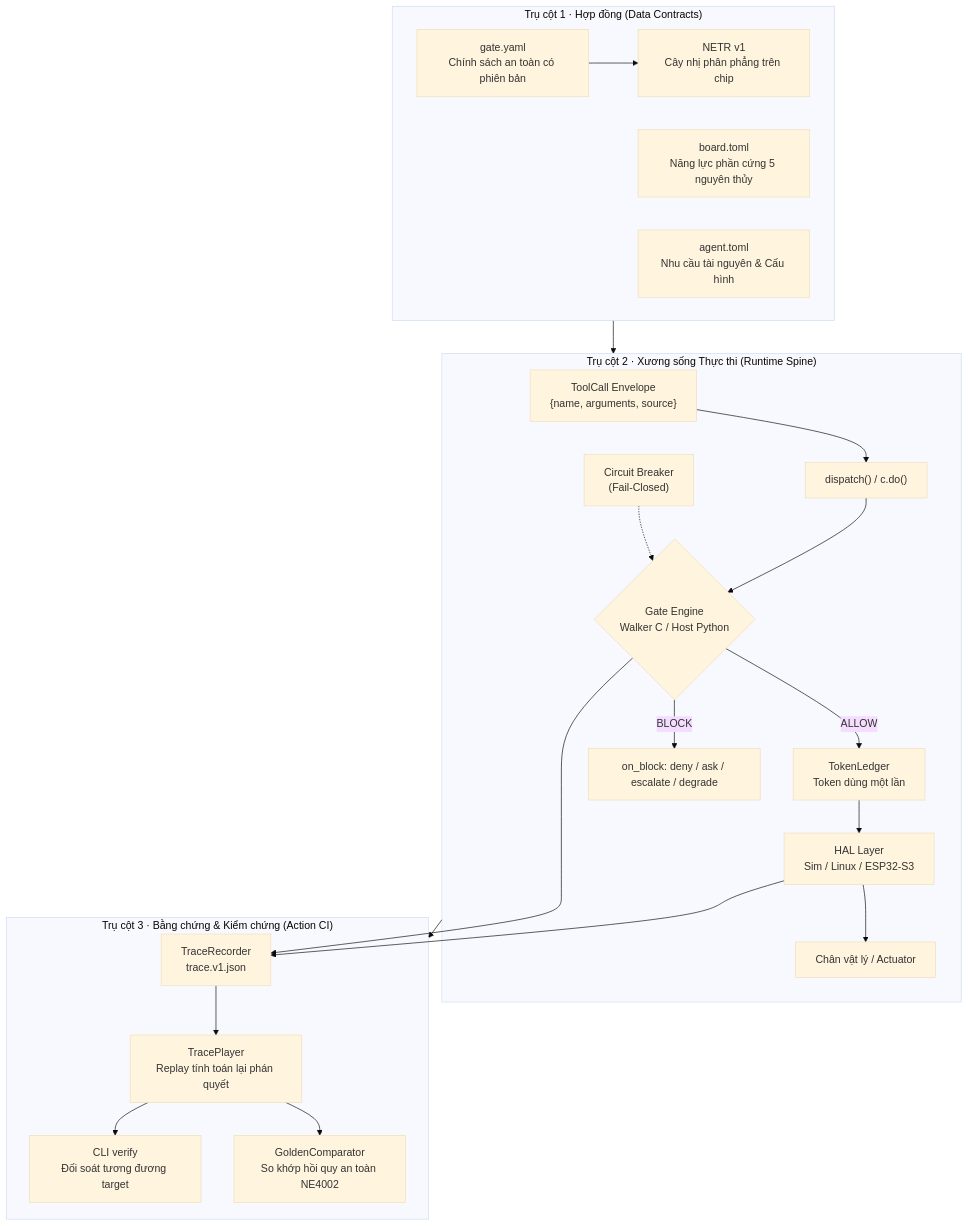
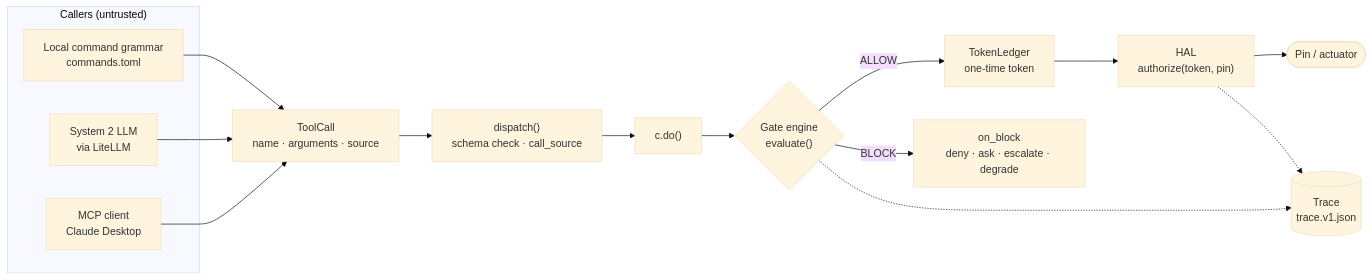
The diagram in docs/architecture/vi/00-overview.md (letrongminh/neuroedge-init), drawn with Mermaid (base theme) before and after one commit. The commit also changed other lines of this file and 63 other files, not shown here.

First line of the commit message:
docs(architecture): rebuild the suite from main — C4 L1–L4, deployment, ADR, NFR, VI/EN

````diff
--- a/docs/architecture/vi/00-overview.md
+++ b/docs/architecture/vi/00-overview.md
@@ -39,40 +30,26 @@
 ```mermaid
-flowchart TB
-    subgraph pillar1["Trụ cột 1 · Hợp đồng (Data Contracts)"]
-        G["gate.yaml<br/>Chính sách an toàn có phiên bản"]
-        B["board.toml<br/>Năng lực phần cứng 5 nguyên thủy"]
-        A["agent.toml<br/>Nhu cầu tài nguyên & Cấu hình"]
-        N["NETR v1<br/>Cây nhị phân phẳng trên chip"]
-        G --> N
+flowchart LR
+    subgraph Sources["Callers (untrusted)"]
+        G["Local command grammar<br/>commands.toml"]
+        S2["System 2 LLM<br/>via LiteLLM"]
+        MCP["MCP client<br/>Claude Desktop"]
     end
+    TC["ToolCall<br/>name · arguments · source"]
+    D["dispatch()<br/>schema check · call_source"]
+    DO["c.do()"]
+    GATE{"Gate engine<br/>evaluate()"}
+    TOK["TokenLedger<br/>one-time token"]
+    HAL["HAL<br/>authorize(token, pin)"]
+    PIN(["Pin / actuator"])
+    OB["on_block<br/>deny · ask · escalate · degrade"]
+    TR[("Trace<br/>trace.v1.json")]
 
-    subgraph pillar2["Trụ cột 2 · Xương sống Thực thi (Runtime Spine)"]
-        TC["ToolCall Envelope<br/>{name, arguments, source}"]
-        DISP["dispatch() / c.do()"]
-        ENG{"Gate Engine<br/>Walker C / Host Python"}
-        CB["Circuit Breaker<br/>(Fail-Closed)"]
-        TL["TokenLedger<br/>Token dùng một lần"]
-        HAL["HAL Layer<br/>Sim / Linux / ESP32-S3"]
-        PIN["Chân vật lý / Actuator"]
-
-        TC --> DISP --> ENG
-        CB -.-> ENG
-        ENG -- "ALLOW" --> TL --> HAL --> PIN
-        ENG -- "BLOCK" --> OB["on_block: deny / ask / escalate / degrade"]
-    end
-
-    subgraph pillar3["Trụ cột 3 · Bằng chứng & Kiểm chứng (Action CI)"]
-        REC["TraceRecorder<br/>trace.v1.json"]
-        PLAY["TracePlayer<br/>Replay tính toán lại phán quyết"]
-        VER["CLI verify<br/>Đối soát tương đương target"]
-        GOLD["GoldenComparator<br/>So khớp hồi quy an toàn NE4002"]
-
-        ENG --> REC
-        HAL --> REC
-        REC --> PLAY --> GOLD
-        PLAY --> VER
-    end
-
-    pillar1 --> pillar2
-    pillar2 --> pillar3
+    G --> TC
+    S2 --> TC
+    MCP --> TC
+    TC --> D --> DO --> GATE
+    GATE -- ALLOW --> TOK --> HAL --> PIN
+    GATE -- BLOCK --> OB
+    GATE -.-> TR
+    HAL -.-> TR
 ```
````
